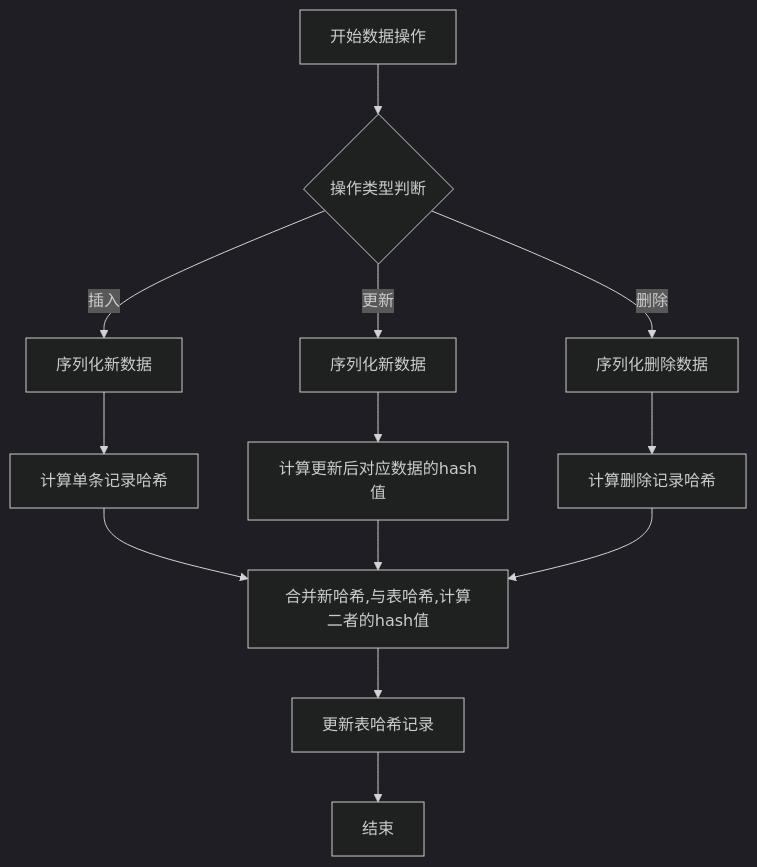
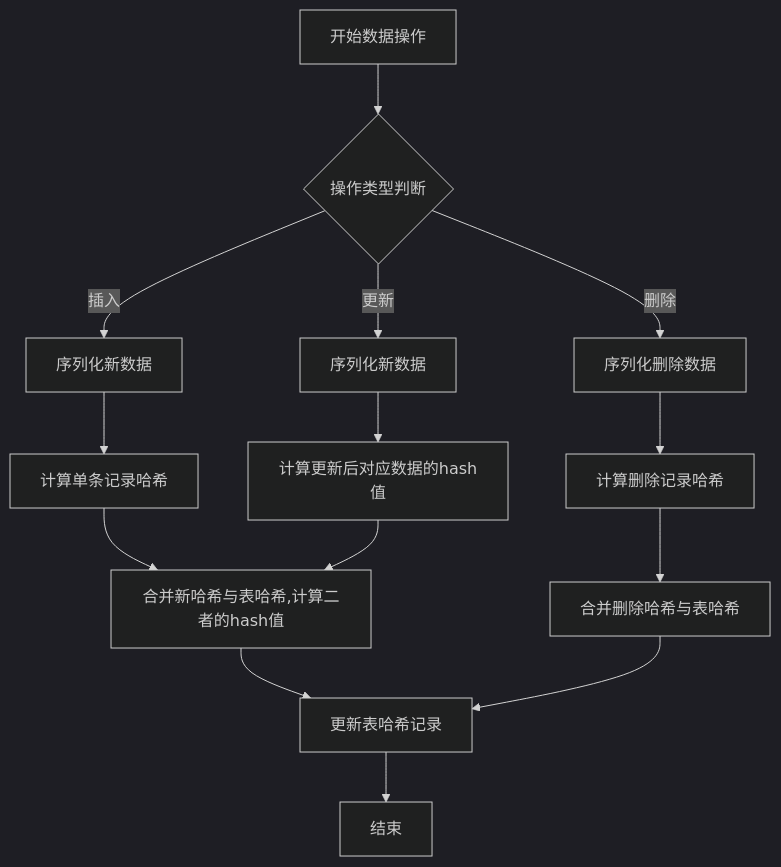
The diagram in all/未命名-63.md (yingjianzh/iodraw-files), drawn with Mermaid (dark theme) before and after one commit.

Commit message:
2025-05-19 15:03:30 update

````diff
--- a/all/未命名-63.md
+++ b/all/未命名-63.md
@@ -1,19 +1,20 @@
 ```mermaid
 flowchart TD
     A[开始数据操作] --> B{操作类型判断}
     B -->|插入| C[序列化新数据]
     B -->|更新| D[序列化新数据]
     B -->|删除| E[序列化删除数据]
     
     C --> F[计算单条记录哈希]
     D --> G[计算更新后对应数据的hash值]
     E --> H[计算删除记录哈希]
     
-    F --> I[合并新哈希,与表哈希,计算二者的hash值]
+    F --> I[合并新哈希与表哈希,计算二者的hash值]
     G --> I
-    H --> I
+    H --> K[合并删除哈希与表哈希]
     
     I --> L[更新表哈希记录]
+    K --> L
     
     L --> M[结束]
 ```
````
